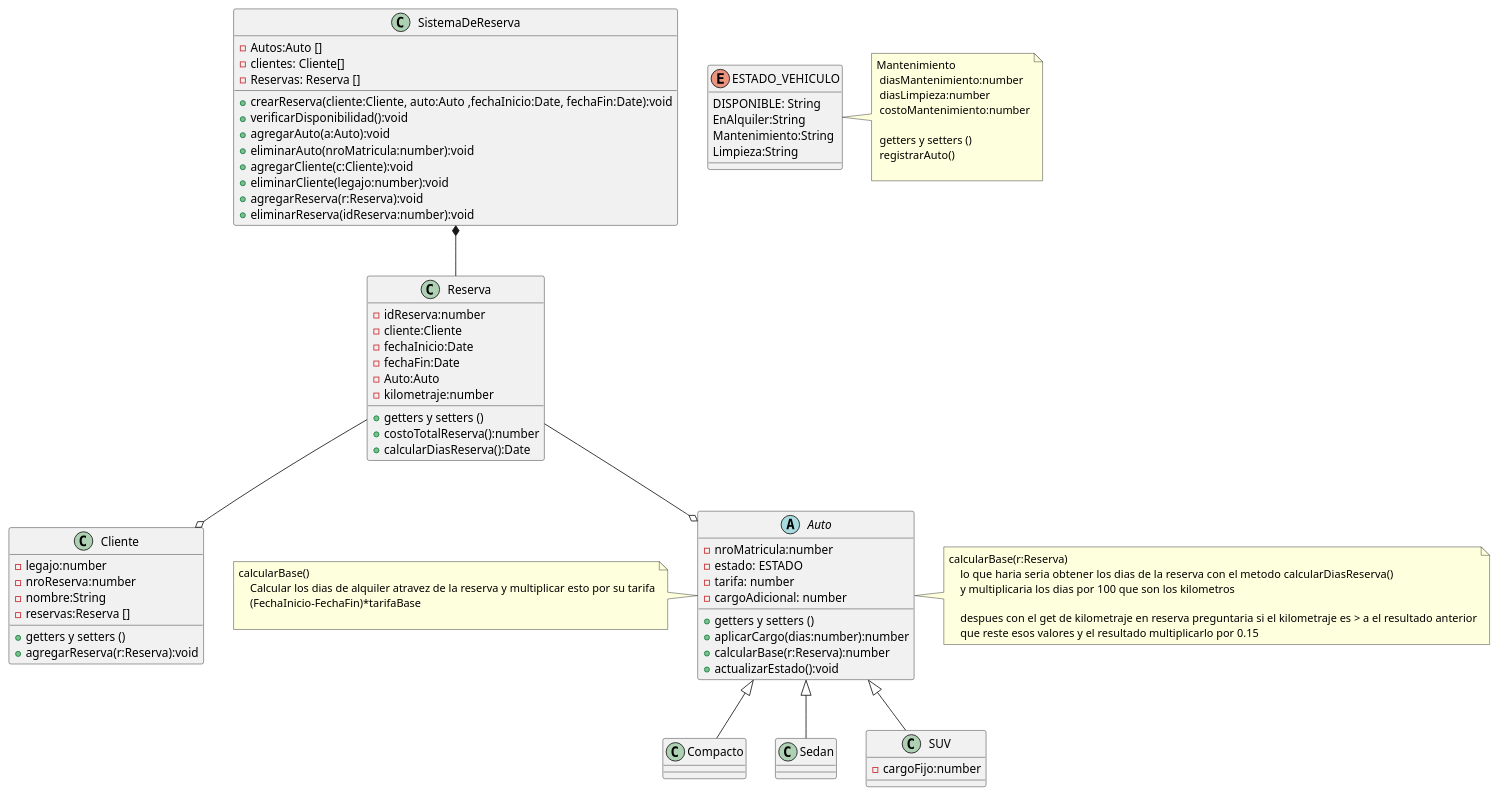
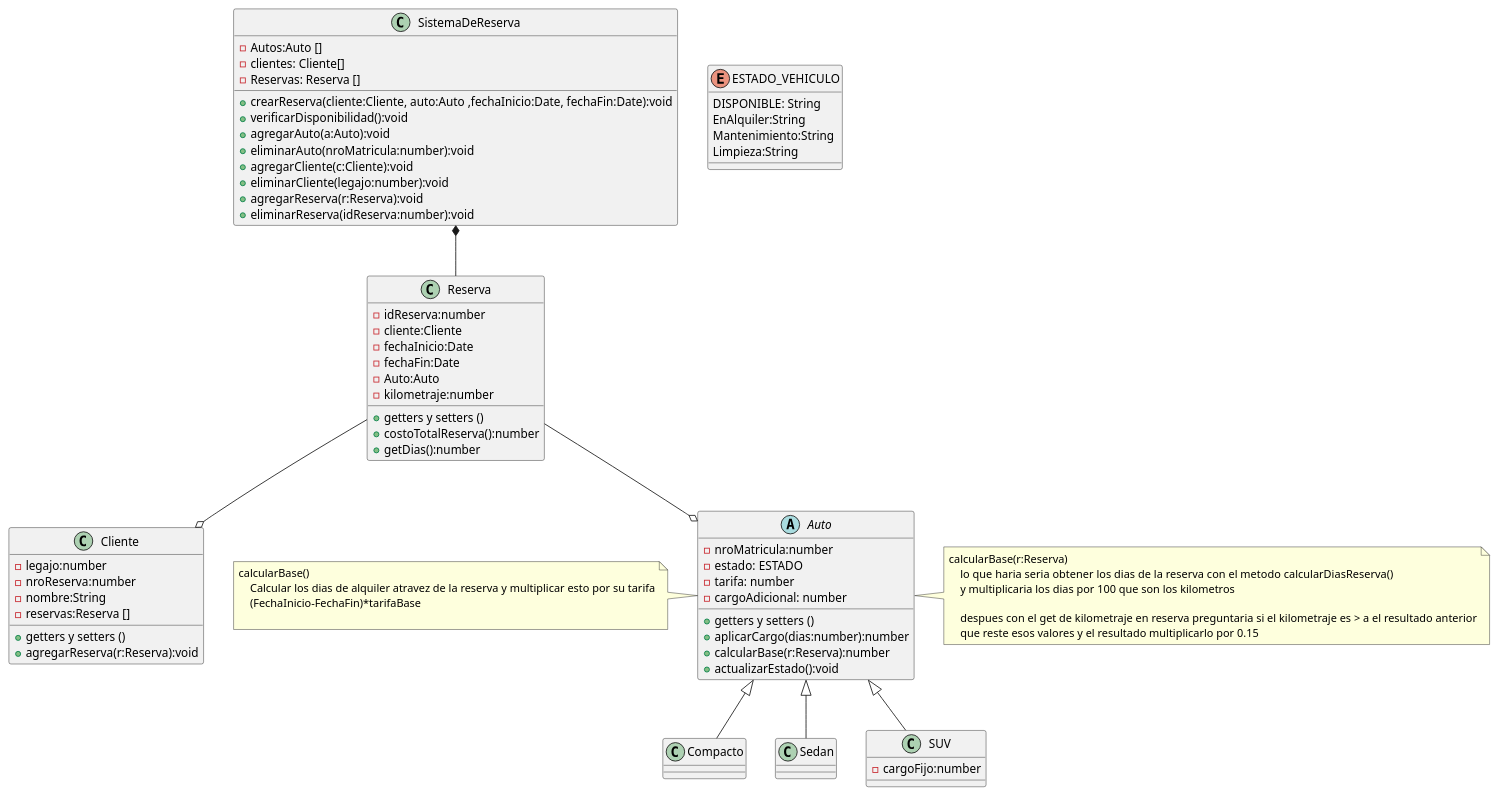
One commit to marketitos/TP-DriveHub-Grupo-6 changed the diagram in TP-PROGRA2-2025/src/UML/UMLTP.plantuml. Above: the diagram before and after it, drawn with PlantUML. The commit also changed 5 other files, not shown here.

```diff
--- a/TP-PROGRA2-2025/src/UML/UMLTP.plantuml
+++ b/TP-PROGRA2-2025/src/UML/UMLTP.plantuml
@@ -1,111 +1,98 @@
 @startuml TP-Integrador
 
 class SistemaDeReserva{
     - Autos:Auto []
     - clientes: Cliente[]
     - Reservas: Reserva []
 
     + crearReserva(cliente:Cliente, auto:Auto ,fechaInicio:Date, fechaFin:Date):void
     + verificarDisponibilidad():void
     + agregarAuto(a:Auto):void
     + eliminarAuto(nroMatricula:number):void
     + agregarCliente(c:Cliente):void
     + eliminarCliente(legajo:number):void
     + agregarReserva(r:Reserva):void
     + eliminarReserva(idReserva:number):void
 }
 
 
 class Reserva{
     - idReserva:number
     - cliente:Cliente
     - fechaInicio:Date
     - fechaFin:Date
     - Auto:Auto 
     - kilometraje:number 
 
     + getters y setters ()
     + costoTotalReserva():number
-    + calcularDiasReserva():Date
+    + getDias():number
 }
 
 
 abstract class Auto{
     - nroMatricula:number
     - estado: ESTADO
     - tarifa: number
     - cargoAdicional: number
 
     + getters y setters ()
     + aplicarCargo(dias:number):number
     + calcularBase(r:Reserva):number
     + actualizarEstado():void
 }
 class Compacto extends Auto{
 }
 class Sedan extends Auto{
 }
 
 class SUV extends Auto{
     - cargoFijo:number
 }
 
 note right of Auto{
     calcularBase(r:Reserva)
         lo que haria seria obtener los dias de la reserva con el metodo  calcularDiasReserva()
         y multiplicaria los dias por 100 que son los kilometros
 
         despues con el get de kilometraje en reserva preguntaria si el kilometraje es > a el resultado anterior
         que reste esos valores y el resultado multiplicarlo por 0.15
 }
 
 
 
 note left of Auto{
     calcularBase()
         Calcular los dias de alquiler atravez de la reserva y multiplicar esto por su tarifa
         (FechaInicio-FechaFin)*tarifaBase
     
 }
 
 
 class Cliente{
     - legajo:number
     - nroReserva:number
     - nombre:String
     - reservas:Reserva []
 
     + getters y setters ()
     + agregarReserva(r:Reserva):void
 }
 
 enum ESTADO_VEHICULO{
     DISPONIBLE: String
     EnAlquiler:String
     Mantenimiento:String
     Limpieza:String
 }
 
 
 
-
-
-note right of ESTADO_VEHICULO{
-    Mantenimiento
-     diasMantenimiento:number
-     diasLimpieza:number
-     costoMantenimiento:number
-
-     getters y setters ()
-     registrarAuto()
-
-}
-
 Reserva --o Auto
 
 Reserva --o Cliente
 
 Reserva -up-* SistemaDeReserva
 
 
 @enduml
```
